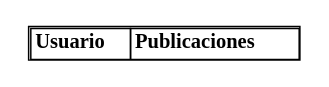
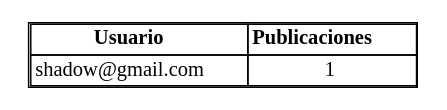
One commit to Kevin-alvarez1/PROYECTO_MULTIFASES_RED_SOCIAL changed the diagram in Fase1/output/Top5Usuarios.dot. Above: the diagram before and after it, drawn with Graphviz. The commit also changed 19 other files, not shown here.

```diff
--- a/Fase1/output/Top5Usuarios.dot
+++ b/Fase1/output/Top5Usuarios.dot
@@ -1,7 +1,8 @@
 digraph G {
 node [shape=plaintext];
 Top5Usuarios [label=<
 <table border='1' cellborder='1' cellspacing='0'>
 <tr><td><b>Usuario</b></td><td><b>Publicaciones</b></td></tr>
+<tr><td>shadow@gmail.com</td><td>1</td></tr>
 </table>>];
 }
```
